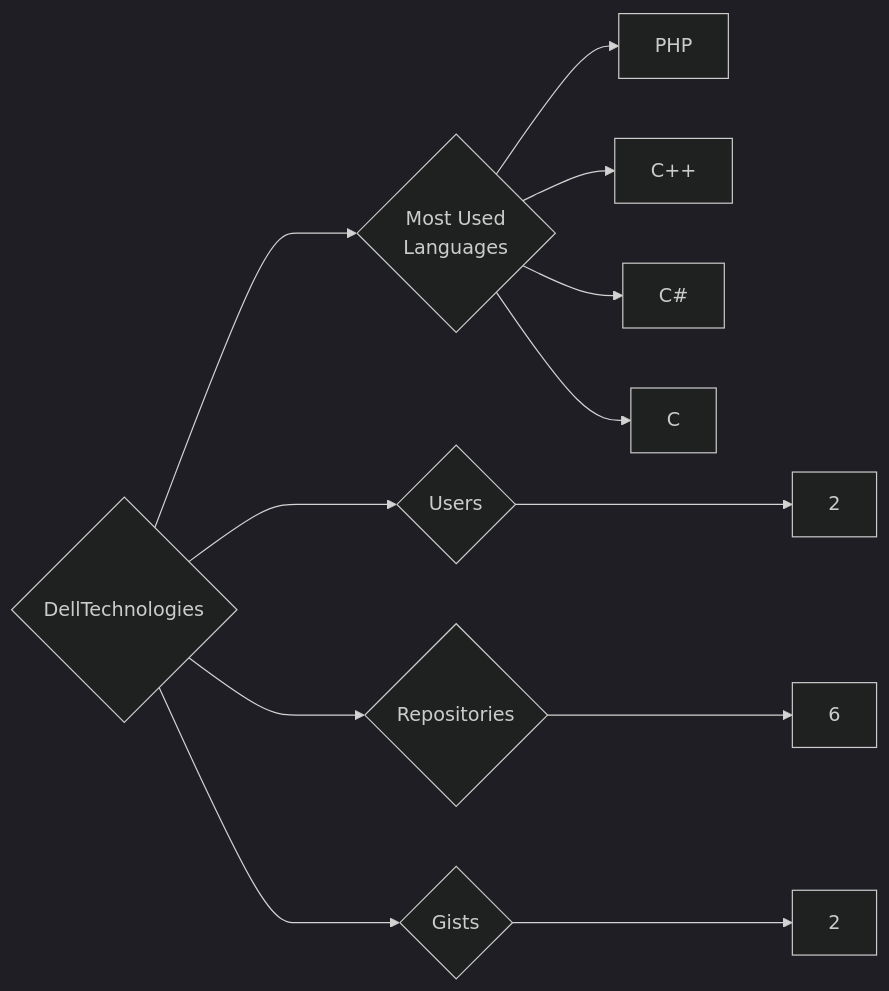
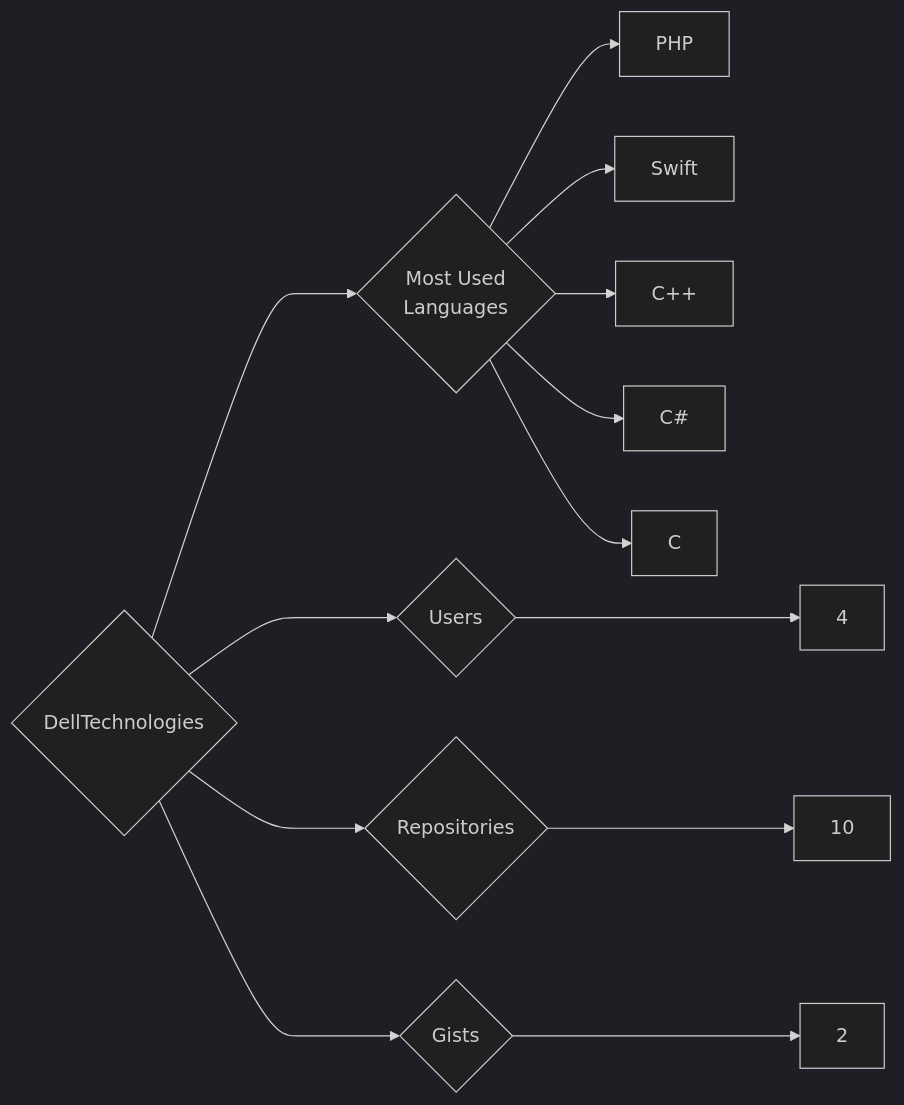
The diagram in targets/DellTechnologies/README.md (trickest/insiders), drawn with Mermaid (dark theme) before and after one commit. The commit also changed 985 other files, not shown here.

````diff
--- a/targets/DellTechnologies/README.md
+++ b/targets/DellTechnologies/README.md
@@ -3,12 +3,13 @@
 ```mermaid
 graph LR
 COMPANY_NAME{DellTechnologies}
-COMPANY_NAME ---> U{Users} ---> UN[2]
-COMPANY_NAME ---> R{Repositories} ---> RN[6]
+COMPANY_NAME ---> U{Users} ---> UN[4]
+COMPANY_NAME ---> R{Repositories} ---> RN[10]
 COMPANY_NAME ---> G{Gists} ---> GN[2]
 COMPANY_NAME ---> ML{Most Used<br>Languages}
 ML --> PHP[PHP]
+ML --> Swift[Swift]
 ML --> C++[C++]
 ML --> C#[C#]
 ML --> C[C]
 ```
````
